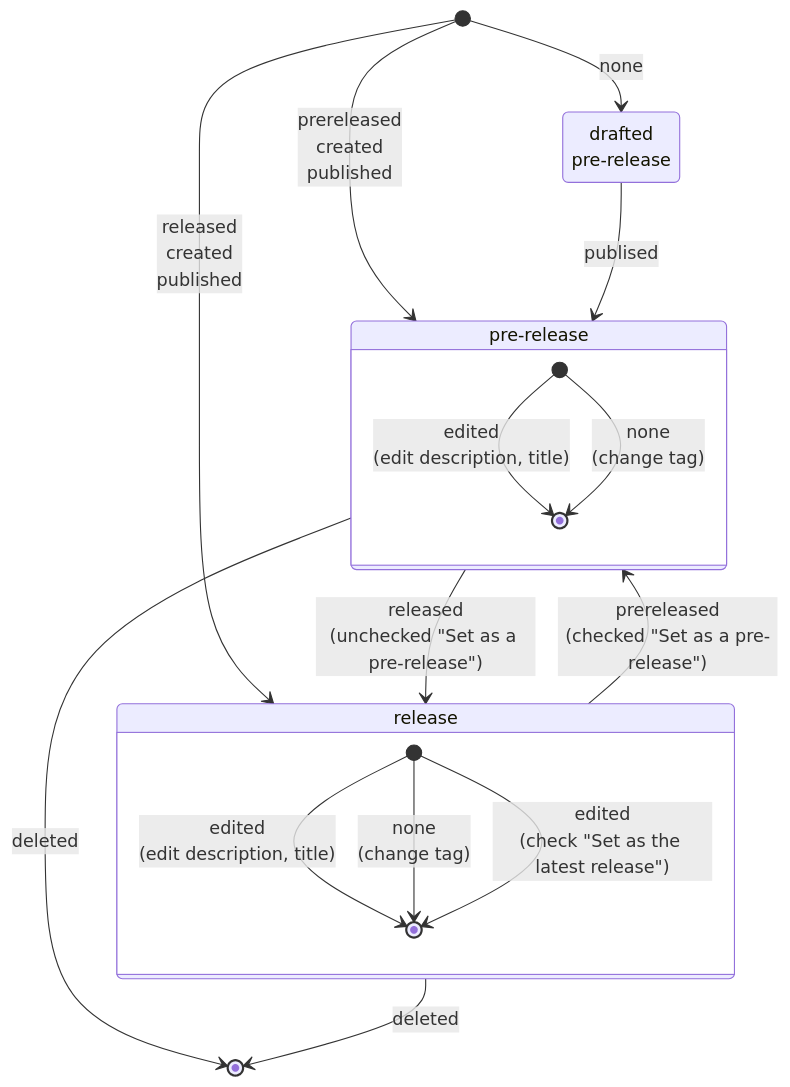
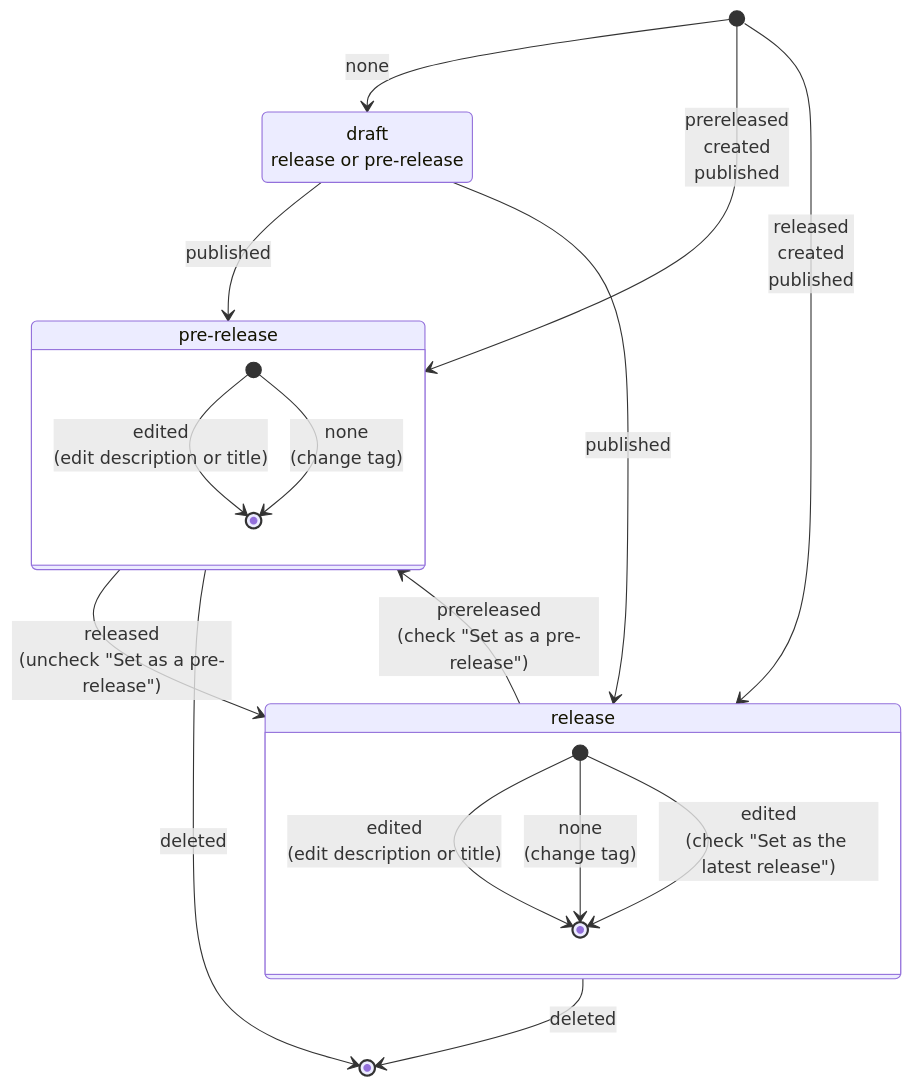
Before and after one commit to ysk8hori/release-experimental: the diagram in README.md, drawn with Mermaid.

Commit message:
draft について pre-release と release を区別しない

````diff
--- a/README.md
+++ b/README.md
@@ -13,27 +13,26 @@
 ```mermaid
 stateDiagram-v2
-    PreDraft: drafted<br>pre-release
+    Draft: draft<br>release or pre-release
     PreRelease: pre-release
     Release: release
 
-    [*] --> PreDraft: none
+    [*] --> Draft: none
     [*] --> PreRelease: prereleased<br>created<br>published
     [*] --> Release: released<br>created<br>published
-    PreDraft --> PreRelease: publised
-    PreRelease --> Release: released<br>(unchecked "Set as a pre-release")
-    Release --> PreRelease: prereleased<br>(checked "Set as a pre-release")
+    Draft --> PreRelease: published
+    Draft --> Release: published
+    PreRelease --> Release: released<br>(uncheck "Set as a pre-release")
+    Release --> PreRelease: prereleased<br>(check "Set as a pre-release")
     PreRelease --> [*]: deleted
     Release --> [*]: deleted
 
     state PreRelease {
-        [*] --> [*]: edited<br>(edit description, title)
+        [*] --> [*]: edited<br>(edit description or title)
         [*] --> [*]: none<br>(change tag)
     }
-
     state Release {
-        [*] --> [*]: edited<br>(edit description, title)
+        [*] --> [*]: edited<br>(edit description or title)
         [*] --> [*]: none<br>(change tag)
         [*] --> [*]: edited<br>(check "Set as the latest release")
     }
-
 ```
````
